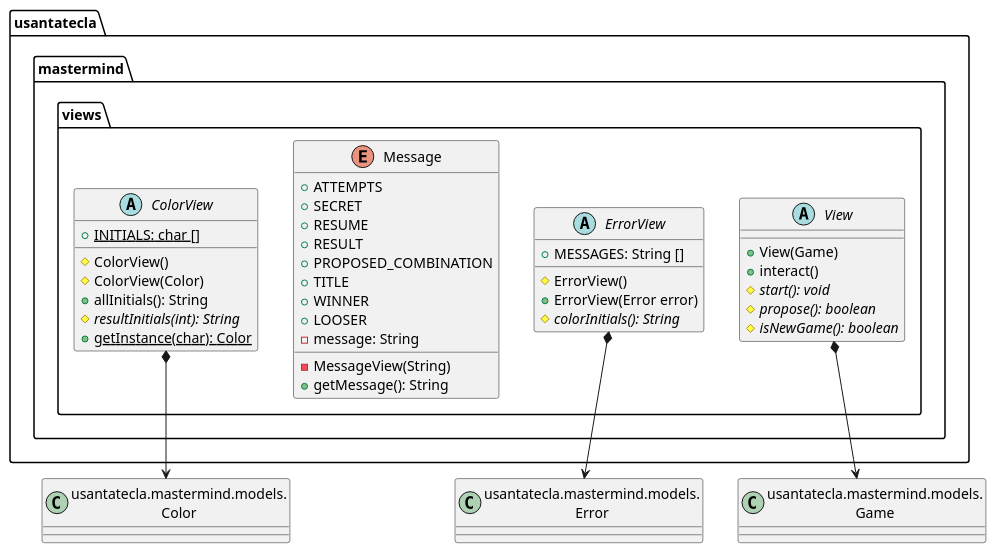
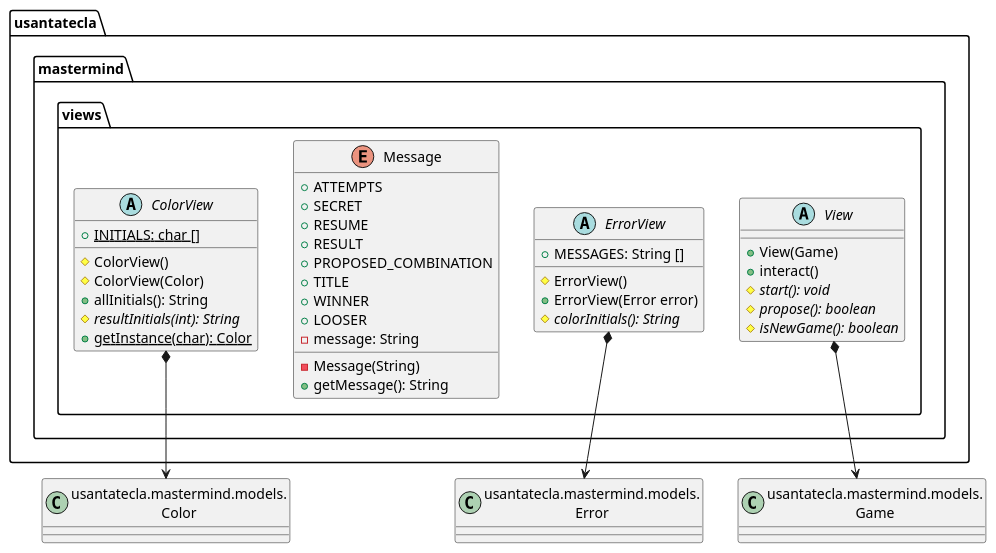
One commit to SantaTecla-mastermind/solution.java.swing.socket.sql changed the second of 6 diagrams in documentView/withoutFactoryMethod/docs/diagrams/src/paquetes.plantuml. Above: the diagram before and after it, drawn with PlantUML. The commit also changed other lines of this file and 4 other files, not shown here.

Commit message:
[withoutFactory] Cambiado paquete graphics para adaptarlo al null patron. Cambiados diagramas para visualizar cambios

```diff
--- a/documentView/withoutFactoryMethod/docs/diagrams/src/paquetes.plantuml
+++ b/documentView/withoutFactoryMethod/docs/diagrams/src/paquetes.plantuml
@@ -24,46 +24,46 @@
 @startuml usantatecla.mastermind.views
 class Error as "usantatecla.mastermind.models.\nError"{}
 class Color as "usantatecla.mastermind.models.\nColor"{}
 class Game as "usantatecla.mastermind.models.\nGame"{}
 
 abstract class usantatecla.mastermind.views.ColorView{
     + {static} INITIALS: char []
     # ColorView()
     # ColorView(Color)
     + allInitials(): String
     # {abstract} resultInitials(int): String
     + {static} getInstance(char): Color
 }
 usantatecla.mastermind.views.ColorView *-down-> Color
 
 abstract class usantatecla.mastermind.views.ErrorView{
     + MESSAGES: String []
     # ErrorView()
     + ErrorView(Error error)
     # {abstract} colorInitials(): String
 }
 usantatecla.mastermind.views.ErrorView *-down-> Error
 
 enum usantatecla.mastermind.views.Message{
     + ATTEMPTS
     + SECRET
     + RESUME
     + RESULT
     + PROPOSED_COMBINATION
     + TITLE
     + WINNER
     + LOOSER
     - message: String
-    - MessageView(String)
+    - Message(String)
     + getMessage(): String
 }
 
 abstract class usantatecla.mastermind.views.View {
     + View(Game)
     + interact()
     # {abstract} start(): void
     # {abstract} propose(): boolean
     # {abstract} isNewGame(): boolean
 }
 usantatecla.mastermind.views.View *-down-> Game
 @enduml
```
